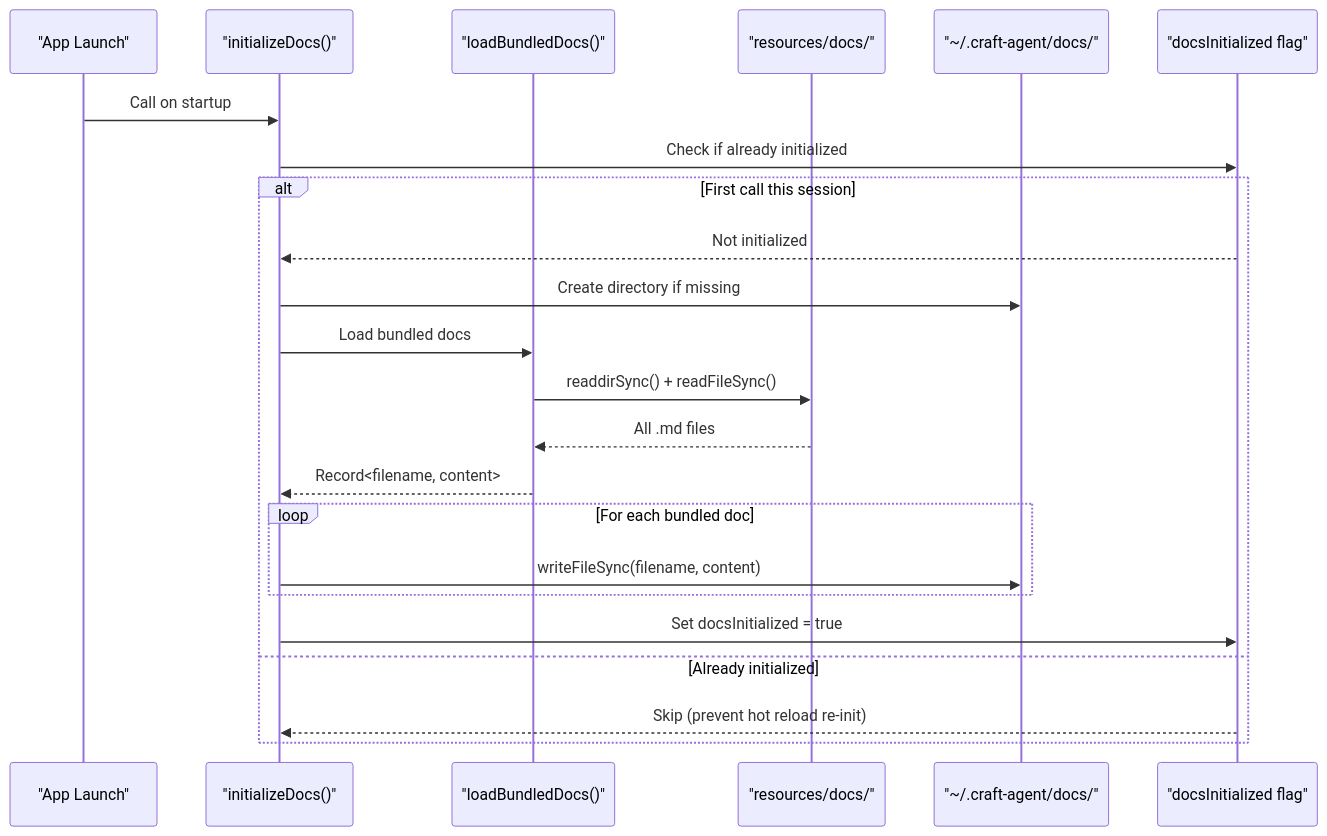
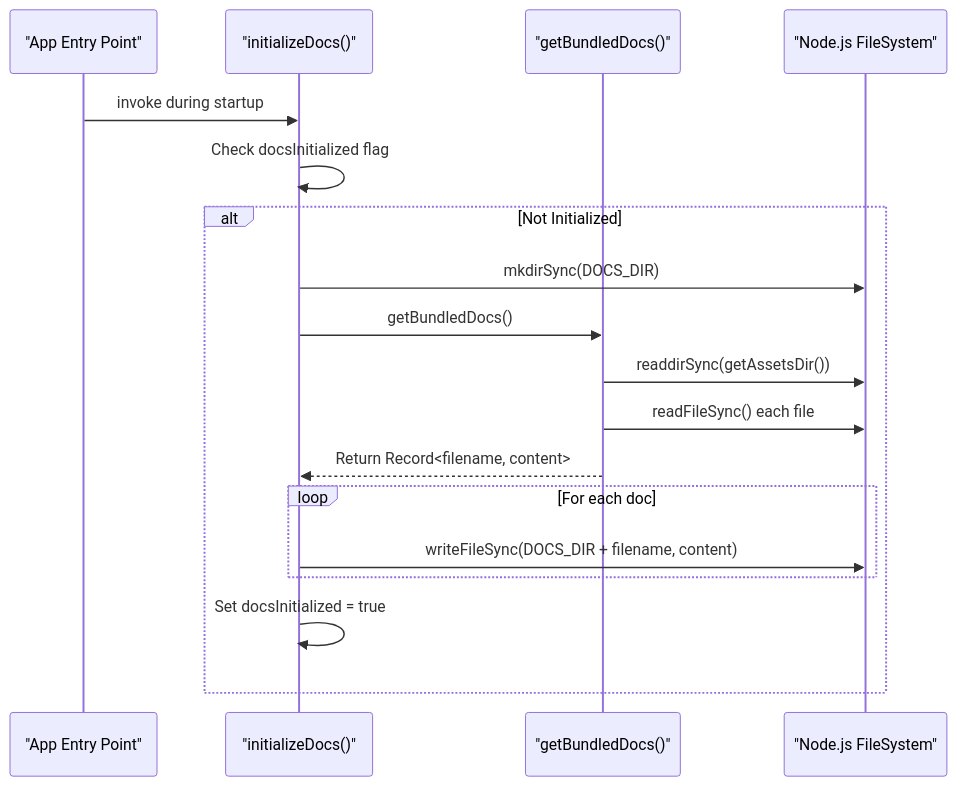
The second of 3 diagrams in docs/lukilabs_craft-agents-oss/architecture/documentation-system.md (blackcater/zentree), drawn with Mermaid before and after one commit. The commit also changed other lines of this file and 232 other files, not shown here.

````diff
--- a/docs/lukilabs_craft-agents-oss/architecture/documentation-system.md
+++ b/docs/lukilabs_craft-agents-oss/architecture/documentation-system.md
@@ -114,29 +101,24 @@
 ```mermaid
 sequenceDiagram
-    participant App as "App Launch"
+    participant Main as "App Entry Point"
     participant Init as "initializeDocs()"
-    participant Loader as "loadBundledDocs()"
-    participant Assets as "resources/docs/"
-    participant DocsDir as "~/.craft-agent/docs/"
-    participant Flag as "docsInitialized flag"
-
-    App->>Init: Call on startup
-    Init->>Flag: Check if already initialized
-
-    alt First call this session
-        Flag-->>Init: Not initialized
-        Init->>DocsDir: Create directory if missing
-        Init->>Loader: Load bundled docs
-        Loader->>Assets: readdirSync() + readFileSync()
-        Assets-->>Loader: All .md files
-        Loader-->>Init: Record<filename, content>
-
-        loop For each bundled doc
-            Init->>DocsDir: writeFileSync(filename, content)
+    participant Loader as "getBundledDocs()"
+    participant FS as "Node.js FileSystem"
+    
+    Main->>Init: invoke during startup
+    Init->>Init: Check docsInitialized flag
+    
+    alt Not Initialized
+        Init->>FS: mkdirSync(DOCS_DIR)
+        Init->>Loader: getBundledDocs()
+        Loader->>FS: readdirSync(getAssetsDir())
+        Loader->>FS: readFileSync() each file
+        Loader-->>Init: Return Record<filename, content>
+        
+        loop For each doc
+            Init->>FS: writeFileSync(DOCS_DIR + filename, content)
         end
-
-        Init->>Flag: Set docsInitialized = true
-    else Already initialized
-        Flag-->>Init: Skip (prevent hot reload re-init)
+        
+        Init->>Init: Set docsInitialized = true
     end
 ```
````
